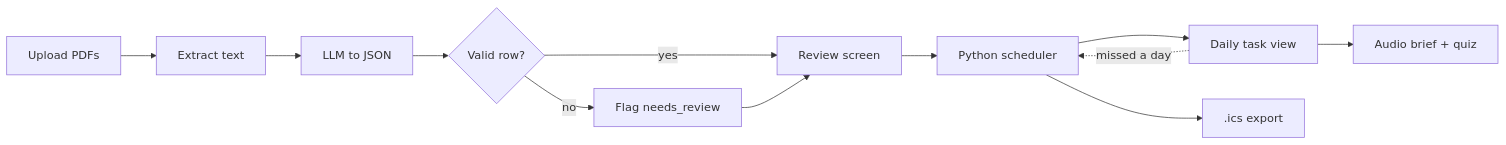
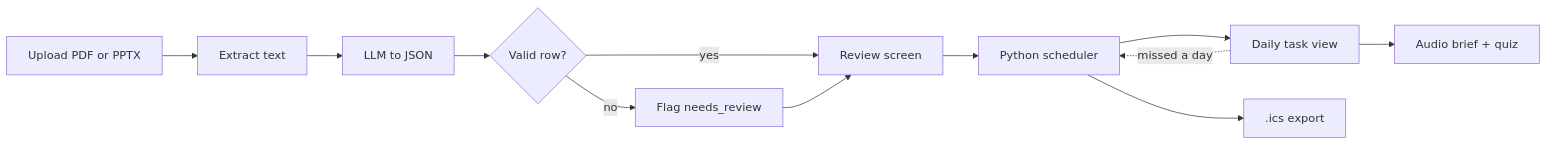
Before and after one commit to astrax-gif/study-route-ai: the diagram in README.md, drawn with Mermaid. The commit also changed other lines of this file and 1 other file, not shown here.

````diff
--- a/README.md
+++ b/README.md
@@ -41,13 +54,13 @@
 ```mermaid
 flowchart LR
-    A[Upload PDFs] --> B[Extract text]
+    A[Upload PDF or PPTX] --> B[Extract text]
     B --> C[LLM to JSON]
     C --> D{Valid row?}
     D -- yes --> E[Review screen]
     D -- no --> F[Flag needs_review] --> E
     E --> G[Python scheduler]
     G --> H[Daily task view]
     G --> I[.ics export]
     H --> J[Audio brief + quiz]
     H -. missed a day .-> G
 ```
````
